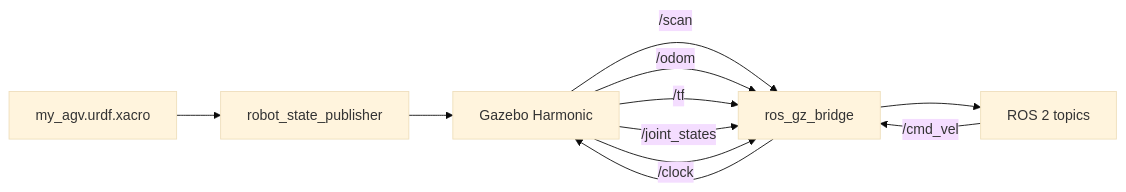
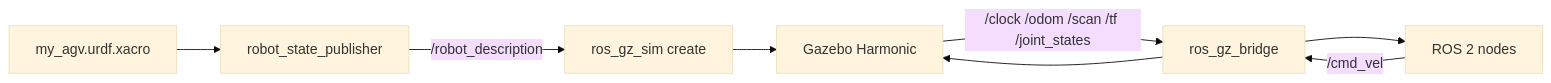
The diagram in README.md (MaharajLMR/AGV), drawn with Mermaid (base theme) before and after one commit. The commit also changed other lines of this file and 2 other files, not shown here.

````diff
--- a/README.md
+++ b/README.md
@@ -35,13 +51,10 @@
 ```mermaid
 flowchart LR
     urdf[my_agv.urdf.xacro] --> rsp[robot_state_publisher]
-    rsp --> gz[Gazebo Harmonic]
-    gz -->|/scan| bridge[ros_gz_bridge]
-    gz -->|/odom| bridge
-    gz -->|/tf| bridge
-    gz -->|/joint_states| bridge
-    gz -->|/clock| bridge
-    bridge --> ros[ROS 2 topics]
+    rsp -->|/robot_description| spawn[ros_gz_sim create]
+    spawn --> gz[Gazebo Harmonic]
+    gz -->|/clock /odom /scan /tf /joint_states| bridge[ros_gz_bridge]
+    bridge --> ros[ROS 2 nodes]
     ros -->|/cmd_vel| bridge
     bridge --> gz
 ```
````
